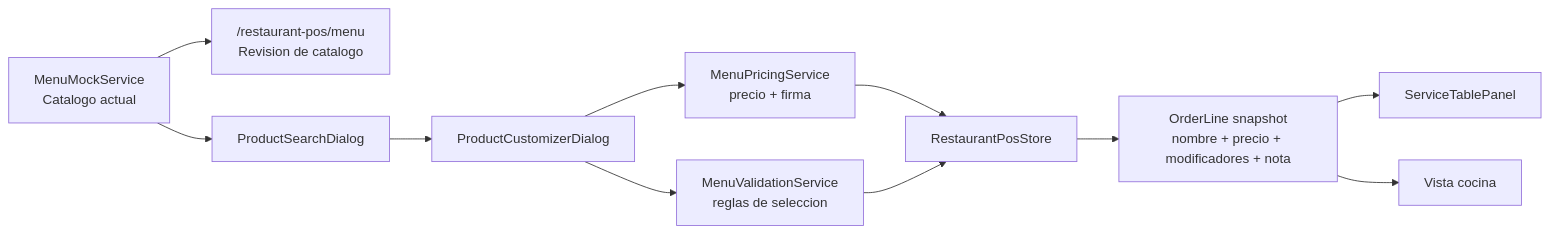
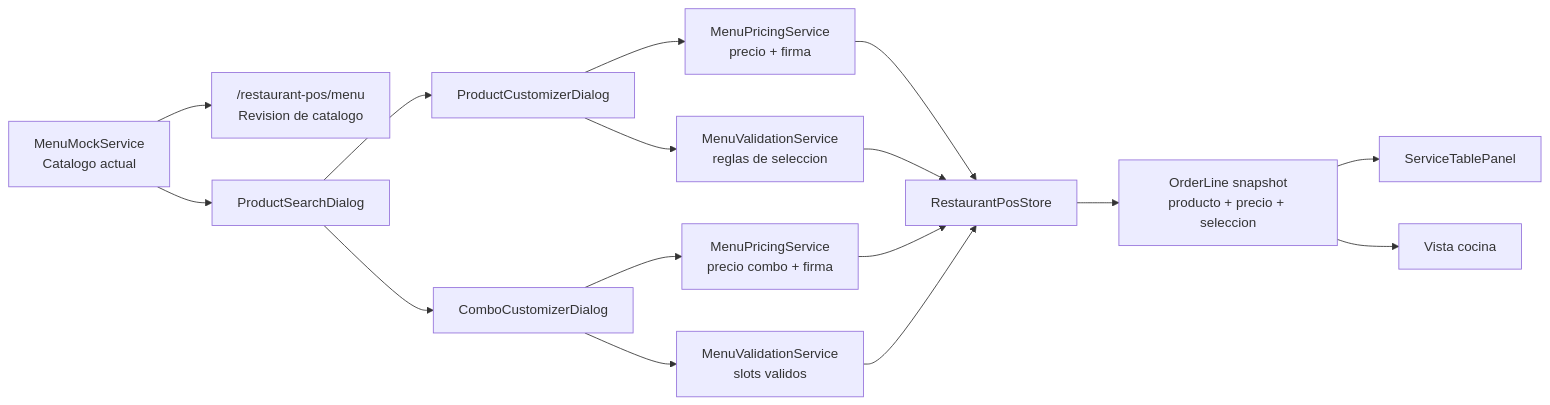
The third of 3 diagrams in frontend/docs/architecture.md (Programito/fullstack-architecture-lab), drawn with Mermaid before and after one commit. The commit also changed other lines of this file and 15 other files, not shown here.

Commit message:
improve menu and product search

````diff
--- a/frontend/docs/architecture.md
+++ b/frontend/docs/architecture.md
@@ -145,13 +149,18 @@
 ```mermaid
 flowchart LR
   MenuCatalog["MenuMockService<br/>Catalogo actual"] --> MenuPage["/restaurant-pos/menu<br/>Revision de catalogo"]
   MenuCatalog --> ProductSearch["ProductSearchDialog"]
   ProductSearch --> Customizer["ProductCustomizerDialog"]
+  ProductSearch --> ComboCustomizer["ComboCustomizerDialog"]
   Customizer --> Pricing["MenuPricingService<br/>precio + firma"]
   Customizer --> Validation["MenuValidationService<br/>reglas de seleccion"]
+  ComboCustomizer --> ComboPricing["MenuPricingService<br/>precio combo + firma"]
+  ComboCustomizer --> ComboValidation["MenuValidationService<br/>slots validos"]
   Pricing --> Store["RestaurantPosStore"]
   Validation --> Store
-  Store --> OrderLine["OrderLine snapshot<br/>nombre + precio + modificadores + nota"]
+  ComboPricing --> Store
+  ComboValidation --> Store
+  Store --> OrderLine["OrderLine snapshot<br/>producto + precio + seleccion"]
   OrderLine --> ServicePanel["ServiceTablePanel"]
   OrderLine --> Kitchen["Vista cocina"]
 ```
````
